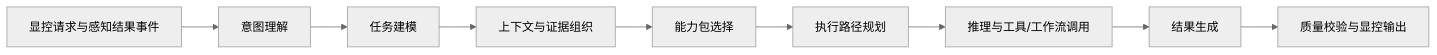
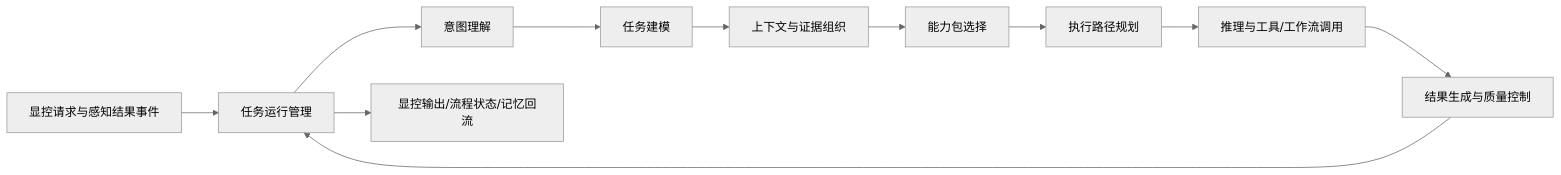
Before and after one commit to StormSeven1/obsidian-vault: the fourth of 7 diagrams in radar agent/4.3.3.2 LD智能体子系统技术方案.md, drawn with Mermaid (neutral theme). The commit also changed other lines of this file, not shown here.

````diff
--- a/radar agent/4.3.3.2 LD智能体子系统技术方案.md
+++ b/radar agent/4.3.3.2 LD智能体子系统技术方案.md
@@ -258,11 +264,13 @@
 ```mermaid
 flowchart LR
-    A[显控请求与感知结果事件] --> B[意图理解]
+    A[显控请求与感知结果事件] --> H[任务运行管理]
+    H --> B[意图理解]
     B --> C[任务建模]
     C --> D[上下文与证据组织]
     D --> E[能力包选择]
     E --> F[执行路径规划]
     F --> G[推理与工具/工作流调用]
-    G --> H[结果生成]
-    H --> I[质量校验与显控输出]
+    G --> J[结果生成与质量控制]
+    J --> H
+    H --> I[显控输出/流程状态/记忆回流]
 ```
````
